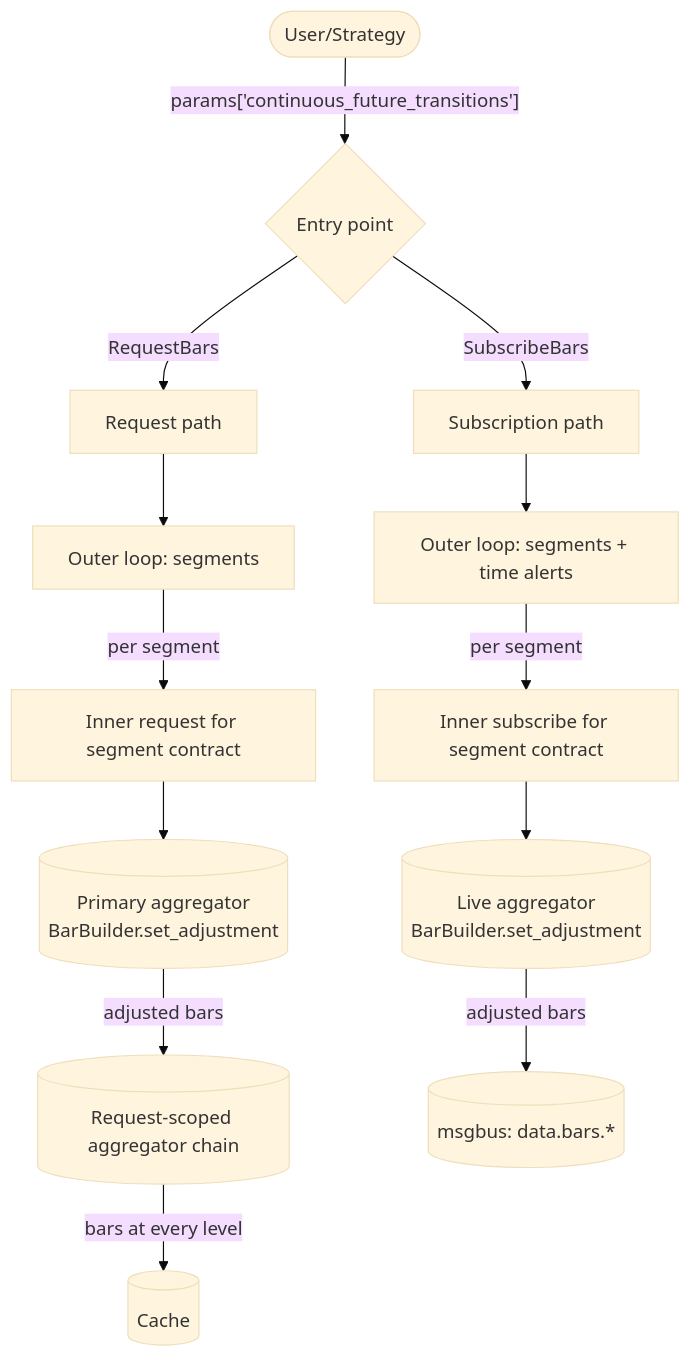
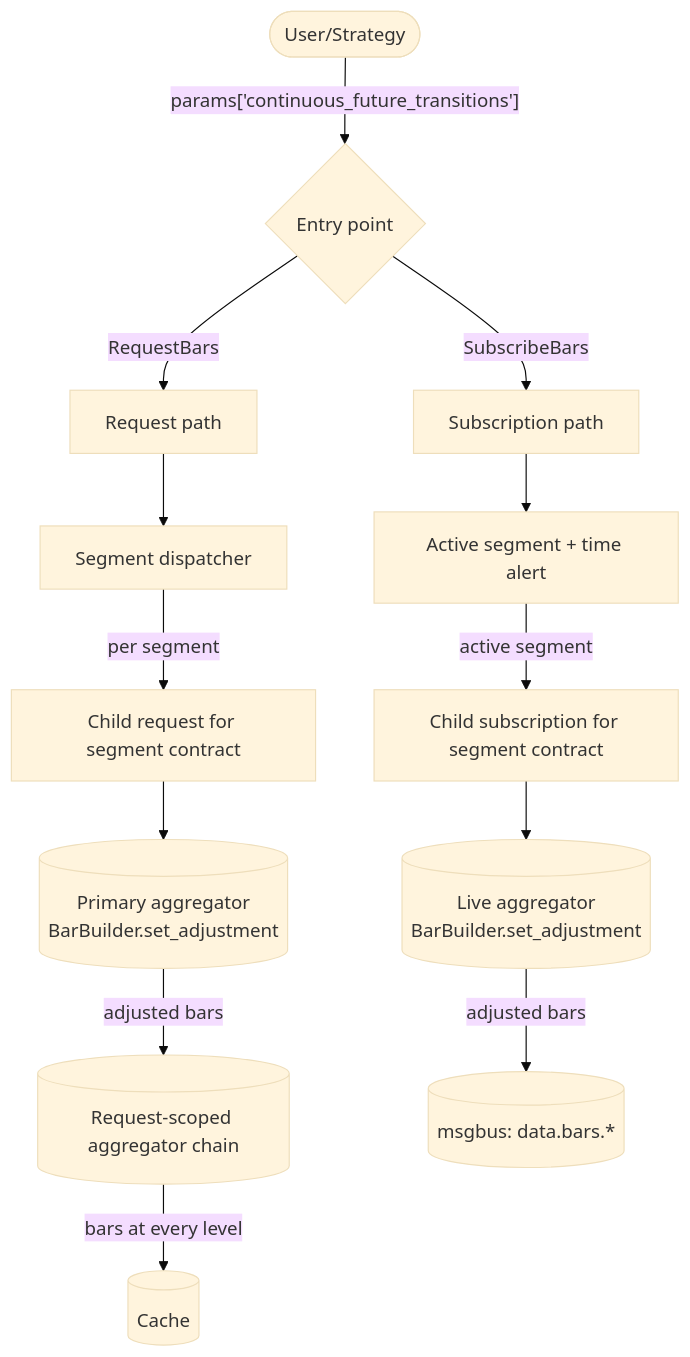
One commit to nautechsystems/nautilus_trader changed the first of 5 diagrams in docs/concepts/continuous_futures.md. Above: the diagram before and after it, drawn with Mermaid (base theme). The commit also changed other lines of this file, not shown here.

````diff
--- a/docs/concepts/continuous_futures.md
+++ b/docs/concepts/continuous_futures.md
@@ -129,19 +132,19 @@
 ```mermaid
 flowchart TD
     User([User/Strategy]) -->|"params['continuous_future_transitions']"| Entry{"Entry point"}
     Entry -->|RequestBars| ReqPath[Request path]
     Entry -->|SubscribeBars| SubPath[Subscription path]
 
-    ReqPath --> OuterReq[Outer loop: segments]
-    SubPath --> OuterSub[Outer loop: segments + time alerts]
+    ReqPath --> ReqSegments[Segment dispatcher]
+    SubPath --> SubRoller[Active segment + time alert]
 
-    OuterReq -->|per segment| SubReq[Inner request for segment contract]
-    OuterSub -->|per segment| LiveSub[Inner subscribe for segment contract]
+    ReqSegments -->|per segment| ChildReq[Child request for segment contract]
+    SubRoller -->|active segment| ChildSub[Child subscription for segment contract]
 
-    SubReq --> Agg[(Primary aggregator<br/>BarBuilder.set_adjustment)]
-    LiveSub --> Agg2[(Live aggregator<br/>BarBuilder.set_adjustment)]
+    ChildReq --> Agg[(Primary aggregator<br/>BarBuilder.set_adjustment)]
+    ChildSub --> Agg2[(Live aggregator<br/>BarBuilder.set_adjustment)]
 
     Agg -->|adjusted bars| ReqAgg[(Request-scoped aggregator chain)]
     ReqAgg -->|bars at every level| Cache[(Cache)]
     Agg2 -->|adjusted bars| MsgBus[(msgbus: data.bars.*)]
 ```
````
